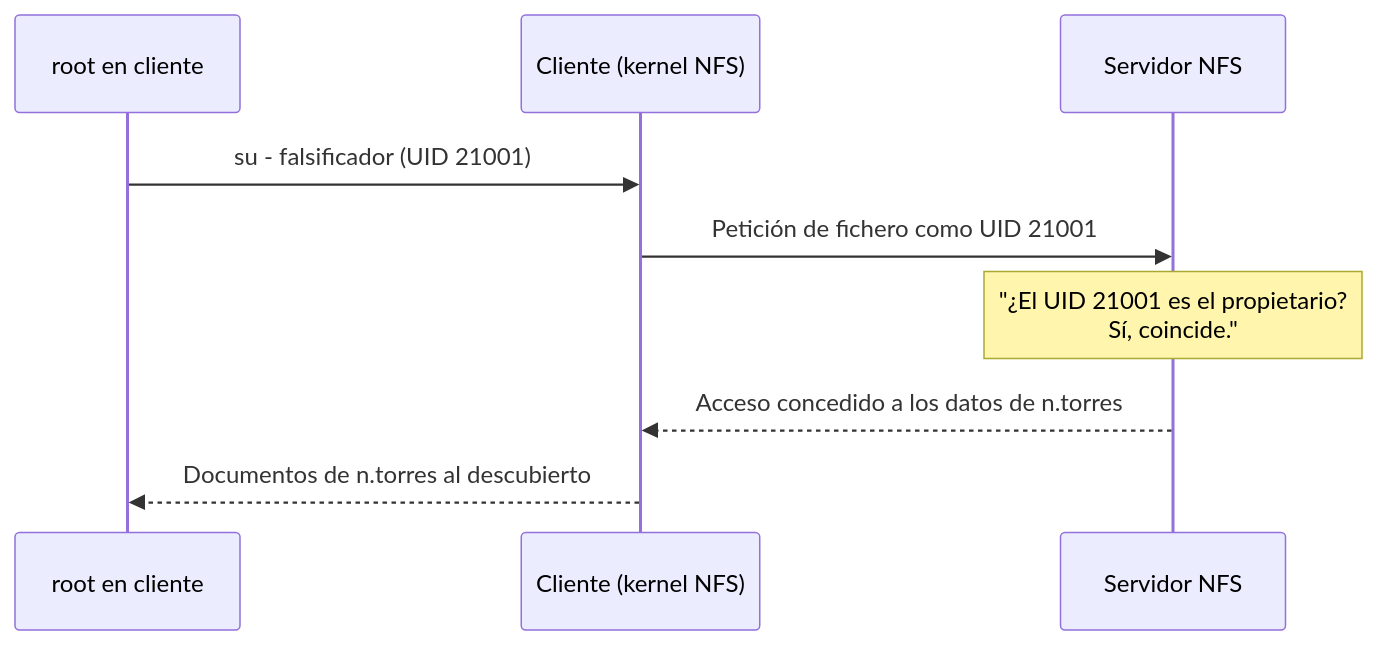
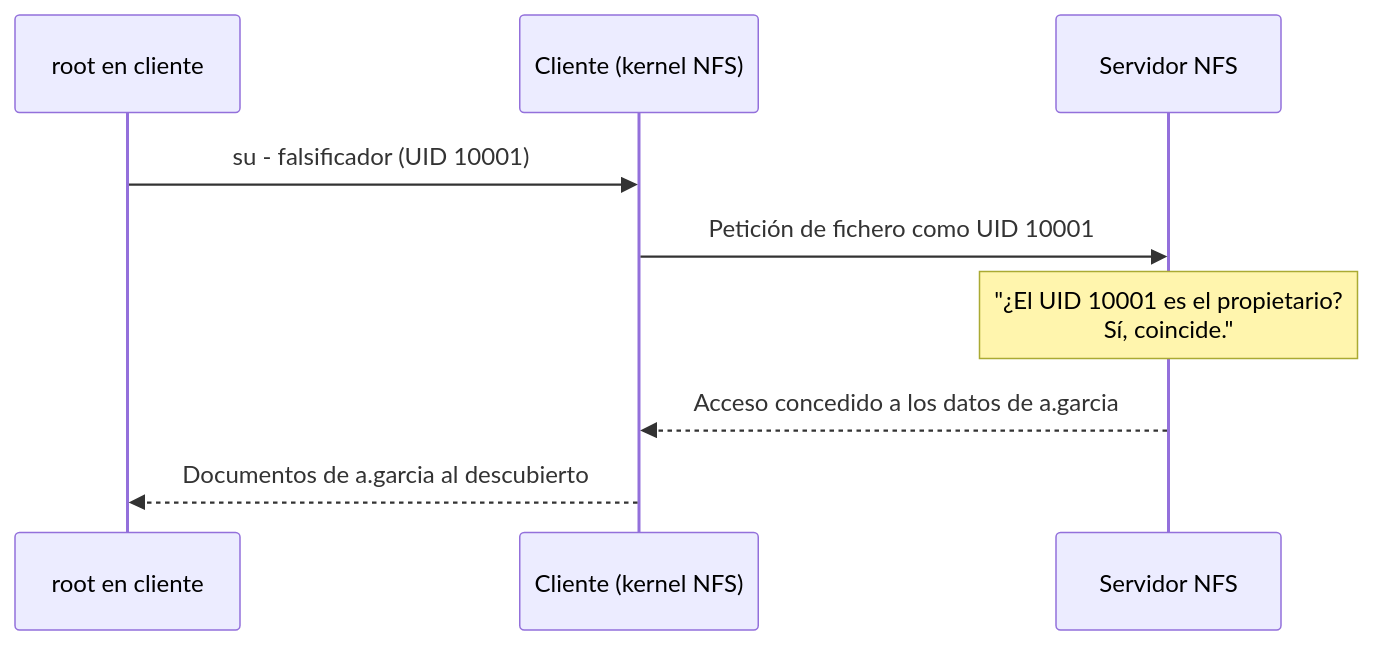
Before and after one commit to martin2745/curso-linux: the first of 8 diagrams in sistemas_operativos_en_red/04_seguridad_del_escenario_y_kerberos.md, drawn with Mermaid. The commit also changed other lines of this file and 11 other files, not shown here.

````diff
--- a/sistemas_operativos_en_red/04_seguridad_del_escenario_y_kerberos.md
+++ b/sistemas_operativos_en_red/04_seguridad_del_escenario_y_kerberos.md
@@ -56,11 +56,11 @@
 ```mermaid
 sequenceDiagram
     participant R as root en cliente
     participant C as Cliente (kernel NFS)
     participant S as Servidor NFS
-    R->>C: su - falsificador (UID 21001)
-    C->>S: Petición de fichero como UID 21001
-    Note over S: "¿El UID 21001 es el propietario?<br>Sí, coincide."
-    S-->>C: Acceso concedido a los datos de n.torres
-    C-->>R: Documentos de n.torres al descubierto
+    R->>C: su - falsificador (UID 10001)
+    C->>S: Petición de fichero como UID 10001
+    Note over S: "¿El UID 10001 es el propietario?<br>Sí, coincide."
+    S-->>C: Acceso concedido a los datos de a.garcia
+    C-->>R: Documentos de a.garcia al descubierto
 ```
````
